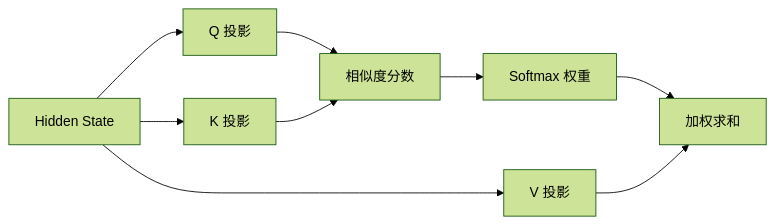
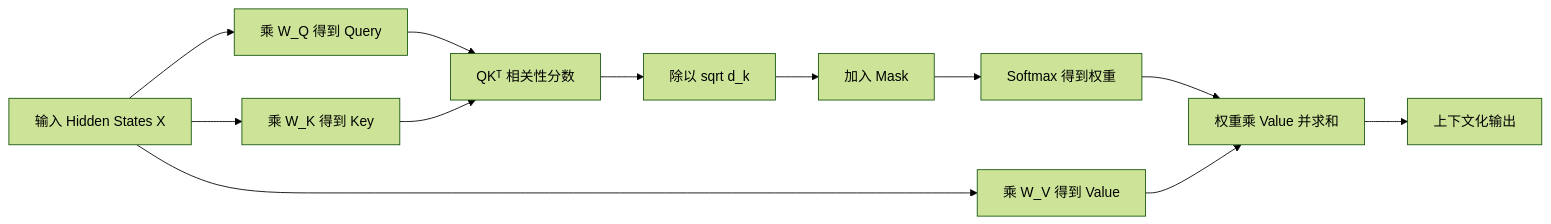
The diagram in docs/llm/attention.md (glant509/ai-study), drawn with Mermaid (forest theme) before and after one commit. The commit also changed other lines of this file, not shown here.

````diff
--- a/docs/llm/attention.md
+++ b/docs/llm/attention.md
@@ -7,11 +24,14 @@
 ```mermaid
 flowchart LR
-  X[Hidden State] --> Q[Q 投影]
-  X --> K[K 投影]
-  X --> V[V 投影]
-  Q --> S[相似度分数]
+  X[输入 Hidden States X] --> Q[乘 W_Q 得到 Query]
+  X --> K[乘 W_K 得到 Key]
+  X --> V[乘 W_V 得到 Value]
+  Q --> S[QKᵀ 相关性分数]
   K --> S
-  S --> W[Softmax 权重]
-  W --> O[加权求和]
+  S --> Z[除以 sqrt d_k]
+  Z --> M[加入 Mask]
+  M --> A[Softmax 得到权重]
+  A --> O[权重乘 Value 并求和]
   V --> O
+  O --> Y[上下文化输出]
 ```
````
